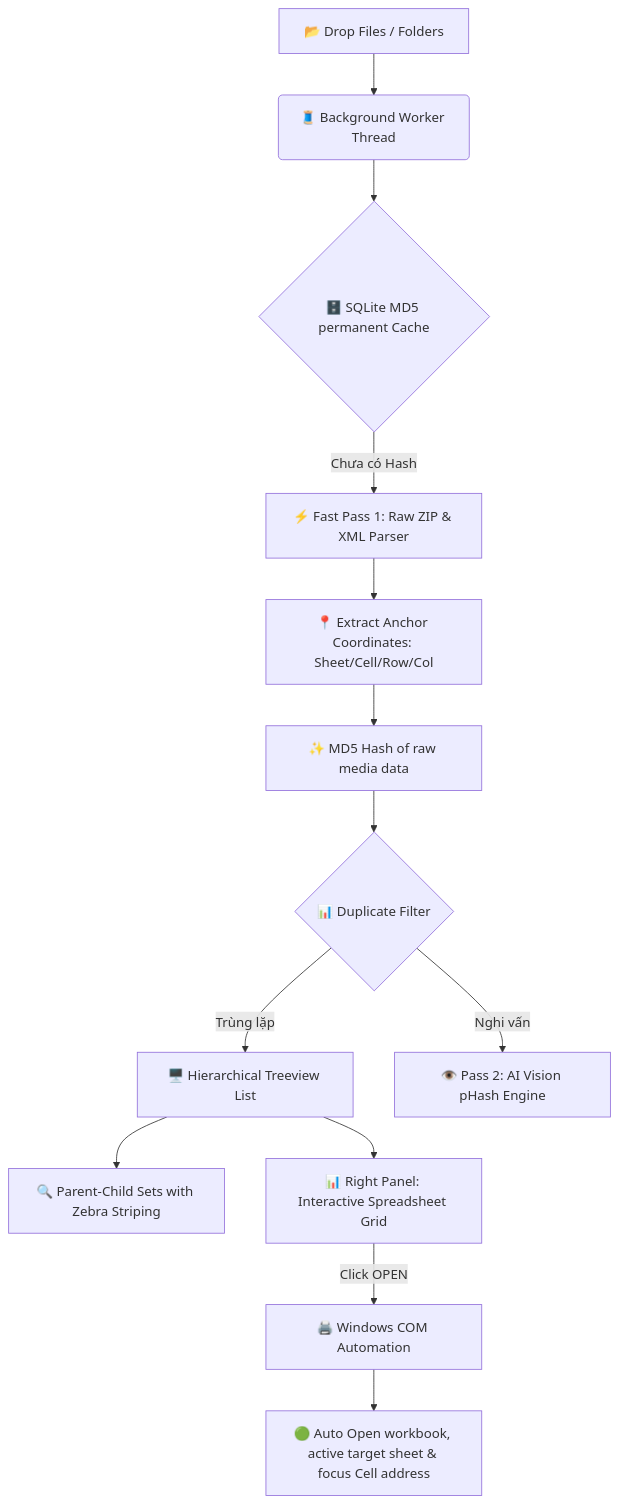
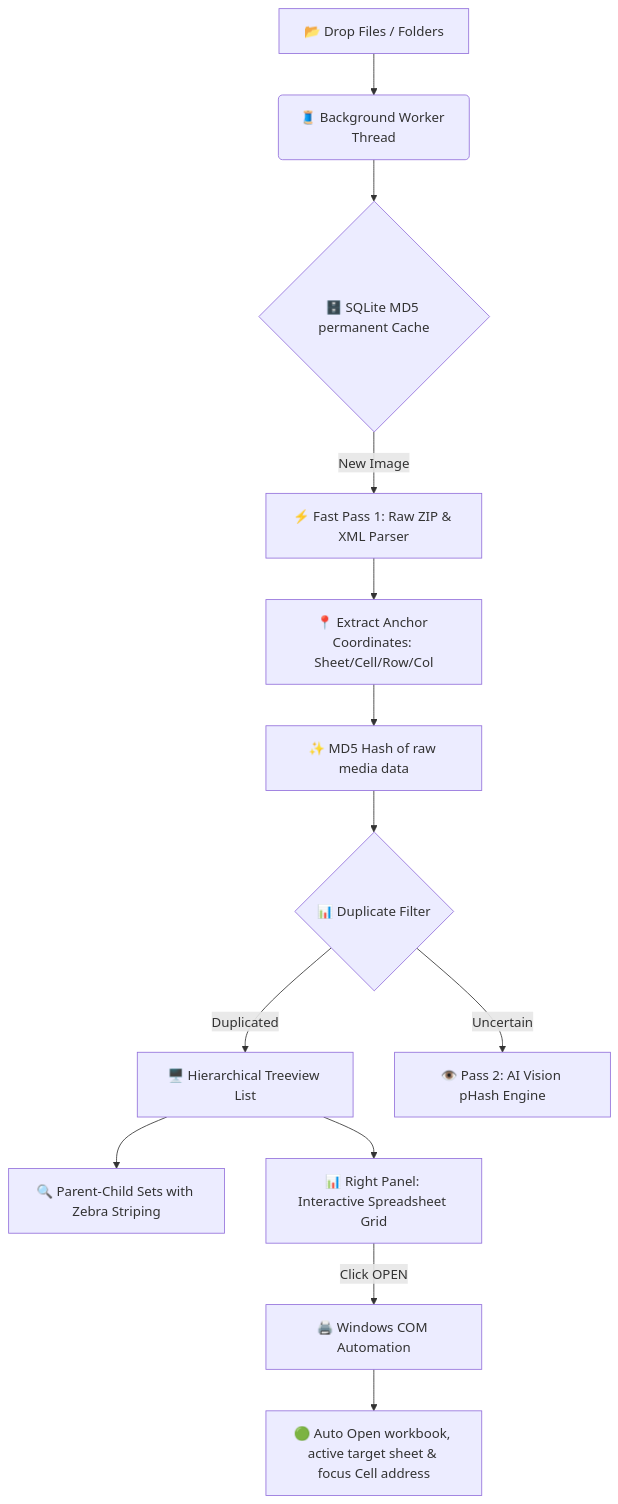
One commit to tain03/dup_seeker changed the diagram in README.md. Above: the diagram before and after it, drawn with Mermaid. The commit also changed other lines of this file, not shown here.

````diff
--- a/README.md
+++ b/README.md
@@ -16,24 +9,24 @@
 ```mermaid
 graph TD
-    %% Định nghĩa các lớp node
+    %% Nodes definition
     A[📂 Drop Files / Folders] --> B(🧵 Background Worker Thread)
     B --> C{🗄️ SQLite MD5 permanent Cache}
     
-    %% Quá trình Phân tích Zip/XML
-    C -->|Chưa có Hash| D[⚡ Fast Pass 1: Raw ZIP & XML Parser]
+    %% Fast parsing XML
+    C -->|New Image| D[⚡ Fast Pass 1: Raw ZIP & XML Parser]
     D --> E[📍 Extract Anchor Coordinates: Sheet/Cell/Row/Col]
     E --> F[✨ MD5 Hash of raw media data]
     
-    %% Bộ lọc trùng lặp
+    %% Duplicate Filter
     F --> G{📊 Duplicate Filter}
-    G -->|Trùng lặp| H[🖥️ Hierarchical Treeview List]
-    G -->|Nghi vấn| I[👁️ Pass 2: AI Vision pHash Engine]
+    G -->|Duplicated| H[🖥️ Hierarchical Treeview List]
+    G -->|Uncertain| I[👁️ Pass 2: AI Vision pHash Engine]
     
-    %% Cơ chế Hiển thị
+    %% GUI Rendering & COM
     H --> J[🔍 Parent-Child Sets with Zebra Striping]
     H --> K[📊 Right Panel: Interactive Spreadsheet Grid]
     
-    %%COM Deep Linking
+    %% COM Deep Linking
     K -->|Click OPEN| L[🖨️ Windows COM Automation]
     L --> M[🟢 Auto Open workbook, active target sheet & focus Cell address]
 ```
````
